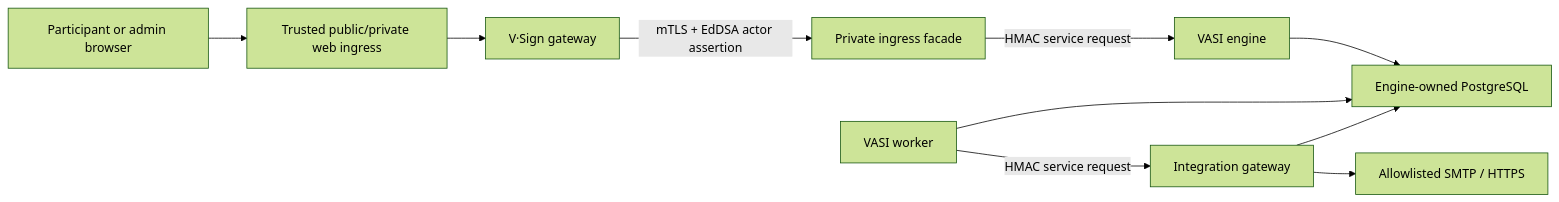
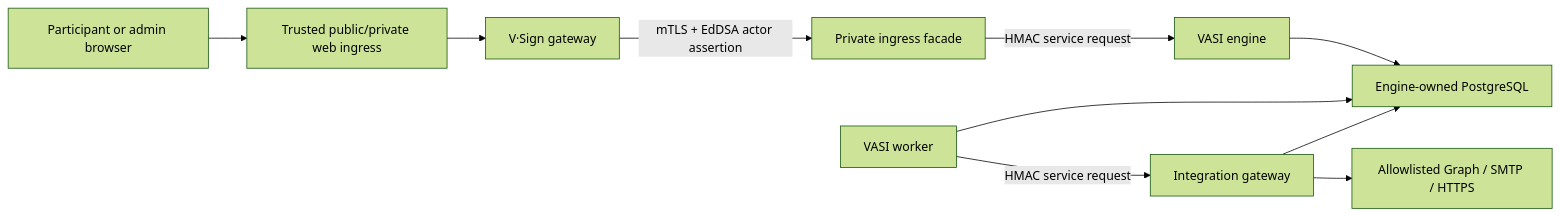
The diagram in docs/architecture/private-engine-boundary.md (AznIronMan/VASI), drawn with Mermaid (forest theme) before and after one commit. The commit also changed other lines of this file and 30 other files, not shown here.

Commit message:
Add governed Microsoft Graph workflow delivery

````diff
--- a/docs/architecture/private-engine-boundary.md
+++ b/docs/architecture/private-engine-boundary.md
@@ -14,12 +14,12 @@
 ```mermaid
 flowchart LR
   browser["Participant or admin browser"] --> public["Trusted public/private web ingress"]
   public --> vsign["V·Sign gateway"]
   vsign -->|"mTLS + EdDSA actor assertion"| facade["Private ingress facade"]
   facade -->|"HMAC service request"| engine["VASI engine"]
   engine --> database["Engine-owned PostgreSQL"]
   worker["VASI worker"] --> database
   worker -->|"HMAC service request"| integrations["Integration gateway"]
   integrations --> database
-  integrations --> external["Allowlisted SMTP / HTTPS"]
+  integrations --> external["Allowlisted Graph / SMTP / HTTPS"]
 ```
````
